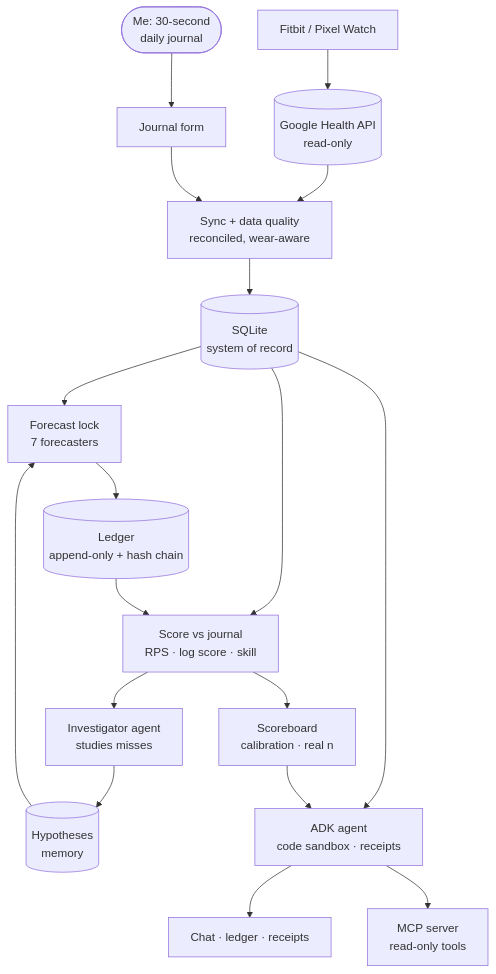
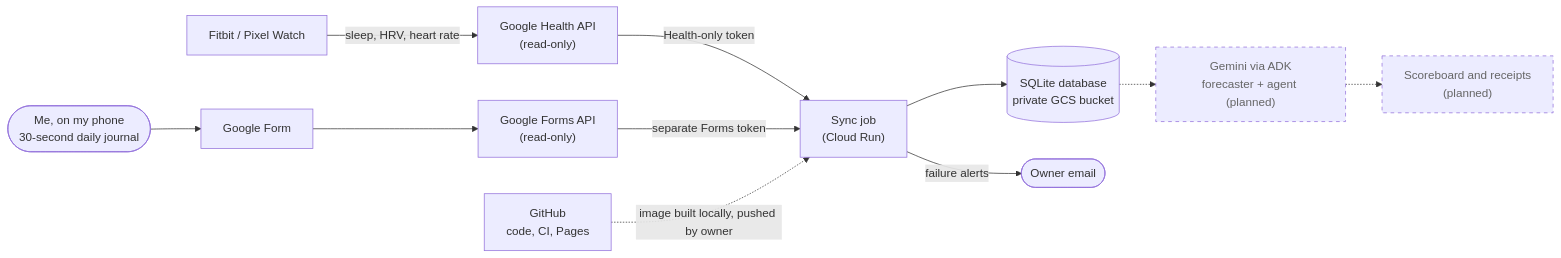
Before and after one commit to kb2326/calibrated-health-agent: the first of 4 diagrams in README.md, drawn with Mermaid. The commit also changed other lines of this file, not shown here.

Commit message:
docs: portfolio README with system context, cloud architecture and sync diagrams

````diff
--- a/README.md
+++ b/README.md
@@ -48,20 +55,16 @@
 ```mermaid
-flowchart TB
-  watch["Fitbit / Pixel Watch"] --> api[("Google Health API<br/>read-only")]
-  me(["Me: 30-second<br/>daily journal"]) --> form["Journal form"]
-  api --> sync["Sync + data quality<br/>reconciled, wear-aware"]
-  form --> sync
-  sync --> db[("SQLite<br/>system of record")]
-  db --> lock["Forecast lock<br/>7 forecasters"]
-  lock --> ledger[("Ledger<br/>append-only + hash chain")]
-  db --> score["Score vs journal<br/>RPS · log score · skill"]
-  ledger --> score
-  score --> board["Scoreboard<br/>calibration · real n"]
-  score --> inv["Investigator agent<br/>studies misses"]
-  inv --> notes[("Hypotheses<br/>memory")]
-  notes --> lock
-  db --> agent["ADK agent<br/>code sandbox · receipts"]
-  board --> agent
-  agent --> ui["Chat · ledger · receipts"]
-  agent --> mcp["MCP server<br/>read-only tools"]
+flowchart LR
+  watch["Fitbit / Pixel Watch"] -->|"sleep, HRV, heart rate"| health["Google Health API<br/>(read-only)"]
+  phone(["Me, on my phone<br/>30-second daily journal"]) --> form["Google Form"]
+  form --> forms["Google Forms API<br/>(read-only)"]
+  health -->|"Health-only token"| sync["Sync job<br/>(Cloud Run)"]
+  forms -->|"separate Forms token"| sync
+  sync --> db[("SQLite database<br/>private GCS bucket")]
+  sync -->|"failure alerts"| mail(["Owner email"])
+  gh["GitHub<br/>code, CI, Pages"] -.->|"image built locally, pushed by owner"| sync
+  db -.-> gemini["Gemini via ADK<br/>forecaster + agent (planned)"]
+  gemini -.-> out["Scoreboard and receipts<br/>(planned)"]
+
+  classDef planned stroke-dasharray: 5 5,color:#666
+  class gemini,out planned
 ```
````
